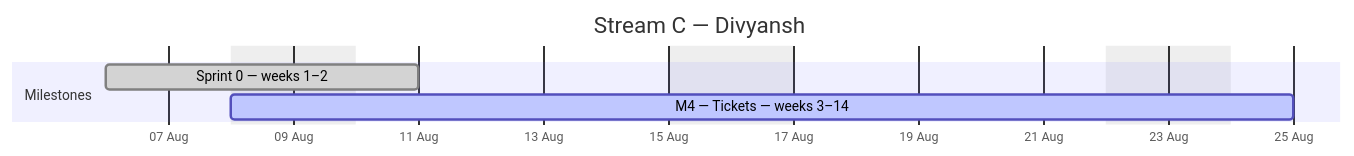
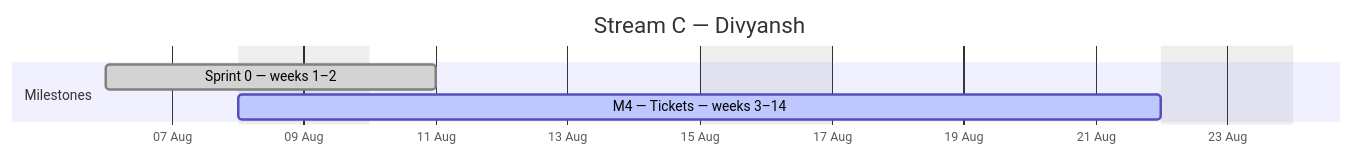
The third of 4 diagrams in docs/plan/GANTT.md (debashisedunext/EduTrack), drawn with Mermaid before and after one commit. The commit also changed other lines of this file and 3 other files, not shown here.

````diff
--- a/docs/plan/GANTT.md
+++ b/docs/plan/GANTT.md
@@ -117,10 +117,10 @@
 ```mermaid
 gantt
     dateFormat YYYY-MM-DD
     axisFormat %d %b
     title Stream C — Divyansh
     excludes weekends
     section Milestones
     Sprint 0 — weeks 1–2 :done, c0, 2026-08-06, 3d
-    M4 — Tickets — weeks 3–14 :active, c1, 2026-08-08, 12d
+    M4 — Tickets — weeks 3–14 :active, c1, 2026-08-08, 11d
 ```
````
